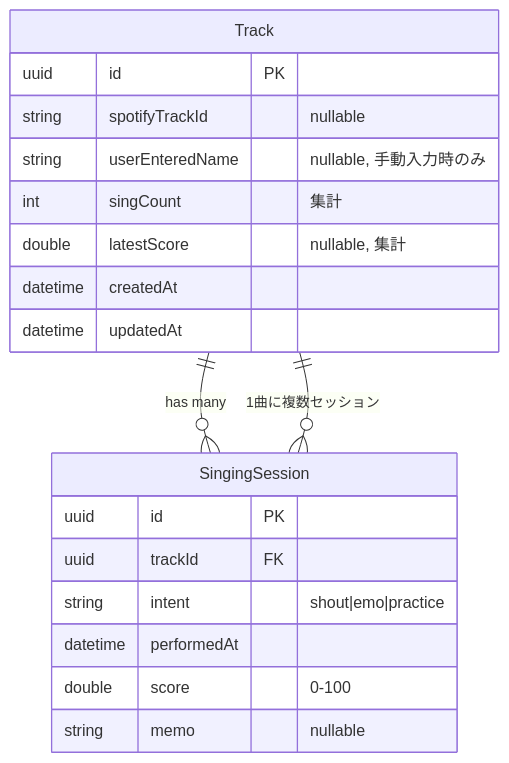
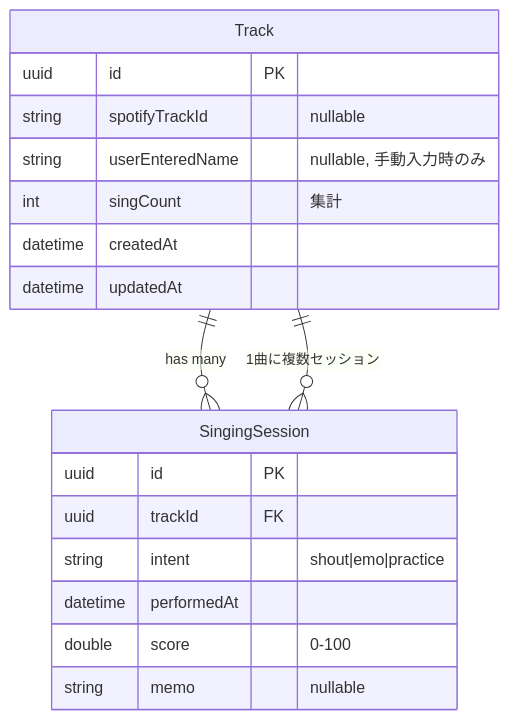
One commit to omomi-moti/Karaoke_support changed the sixth of 7 diagrams in docs/detailed_design.md. Above: the diagram before and after it, drawn with Mermaid. The commit also changed other lines of this file and 5 other files, not shown here.

````diff
--- a/docs/detailed_design.md
+++ b/docs/detailed_design.md
@@ -258,24 +339,23 @@
 ```mermaid
 erDiagram
     Track ||--o{ SingingSession : "has many"
     Track {
         uuid id PK
         string spotifyTrackId "nullable"
         string userEnteredName "nullable, 手動入力時のみ"
         int singCount "集計"
-        double latestScore "nullable, 集計"
         datetime createdAt
         datetime updatedAt
     }
 
     SingingSession {
         uuid id PK
         uuid trackId FK
         string intent "shout|emo|practice"
         datetime performedAt
         double score "0-100"
         string memo "nullable"
     }
 
     Track ||--o{ SingingSession : "1曲に複数セッション"
 ```
````
